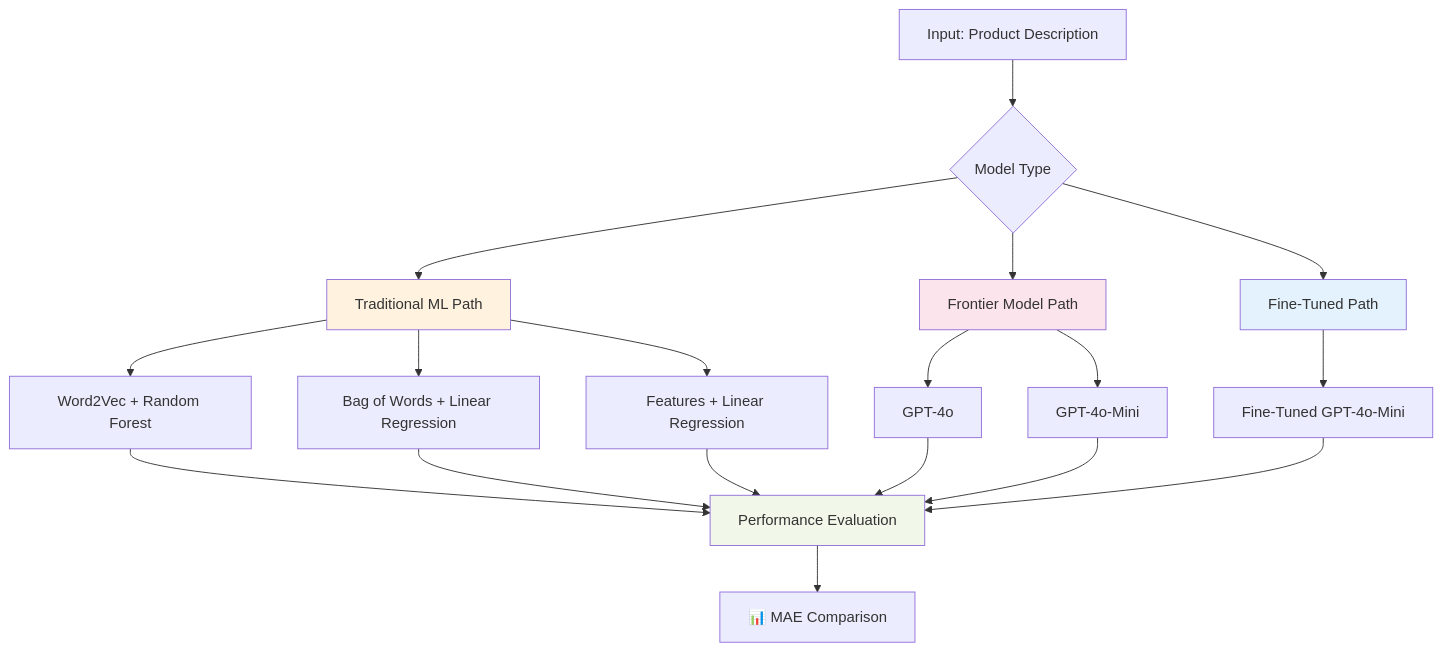
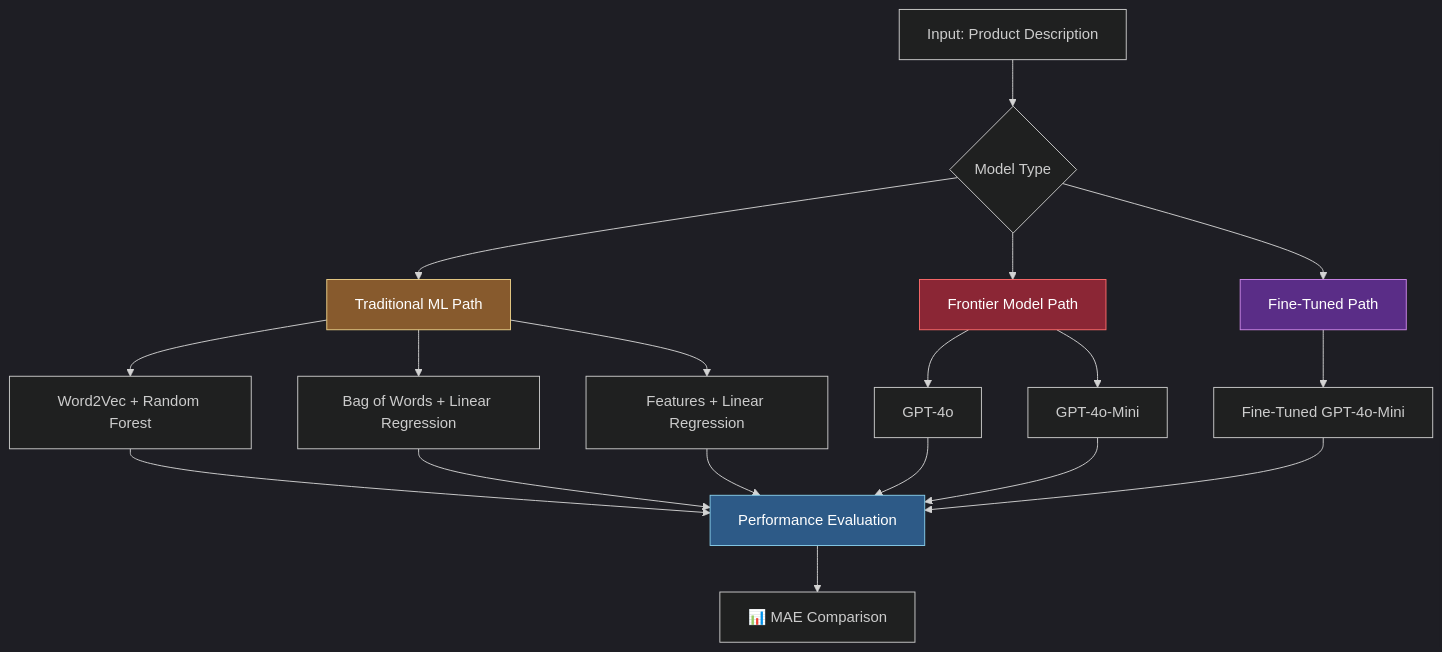
Before and after one commit to Jai-Keshav-Sharma/LLM-Engineering: the third of 7 diagrams in 6_fine_tuning_frontier/README.md, drawn with Mermaid. The commit also changed other lines of this file, not shown here.

````diff
--- a/6_fine_tuning_frontier/README.md
+++ b/6_fine_tuning_frontier/README.md
@@ -91,31 +93,32 @@
 ```mermaid
+%%{init: {'theme':'dark'}}%%
 graph TD
     A[Input: Product Description] --> B{Model Type}
     
     B --> C[Traditional ML Path]
     B --> D[Frontier Model Path]
     B --> E[Fine-Tuned Path]
     
     C --> C1[Word2Vec + Random Forest]
     C --> C2[Bag of Words + Linear Regression]
     C --> C3[Features + Linear Regression]
     
     D --> D1[GPT-4o]
     D --> D2[GPT-4o-Mini]
     
     E --> E1[Fine-Tuned GPT-4o-Mini]
     
     C1 --> F[Performance Evaluation]
     C2 --> F
     C3 --> F
     D1 --> F
     D2 --> F
     E1 --> F
     
     F --> G[📊 MAE Comparison]
     
-    style C fill:#fff3e0
-    style D fill:#fce4ec
-    style E fill:#e3f2fd
-    style F fill:#f1f8e9
+    style C fill:#875a2d,stroke:#ebce87,color:#fff
+    style D fill:#8b2635,stroke:#ff6b6b,color:#fff
+    style E fill:#5a2d87,stroke:#ce87eb,color:#fff
+    style F fill:#2d5a87,stroke:#87ceeb,color:#fff
 ```
````
